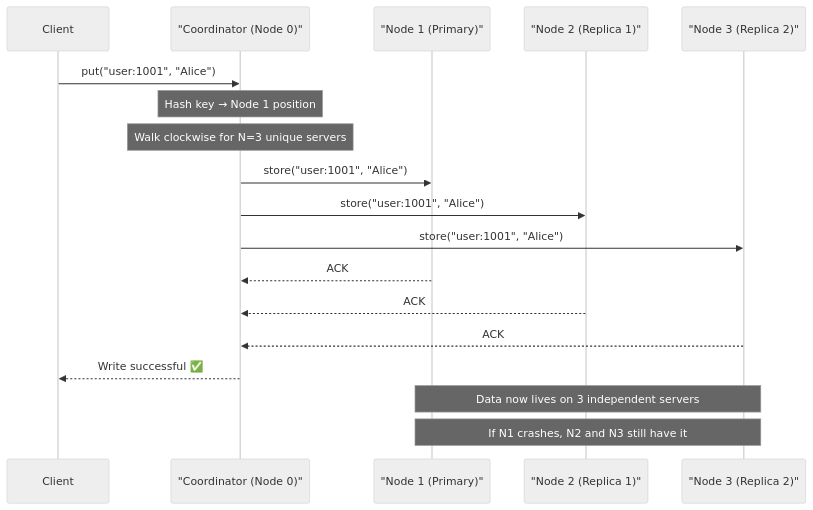
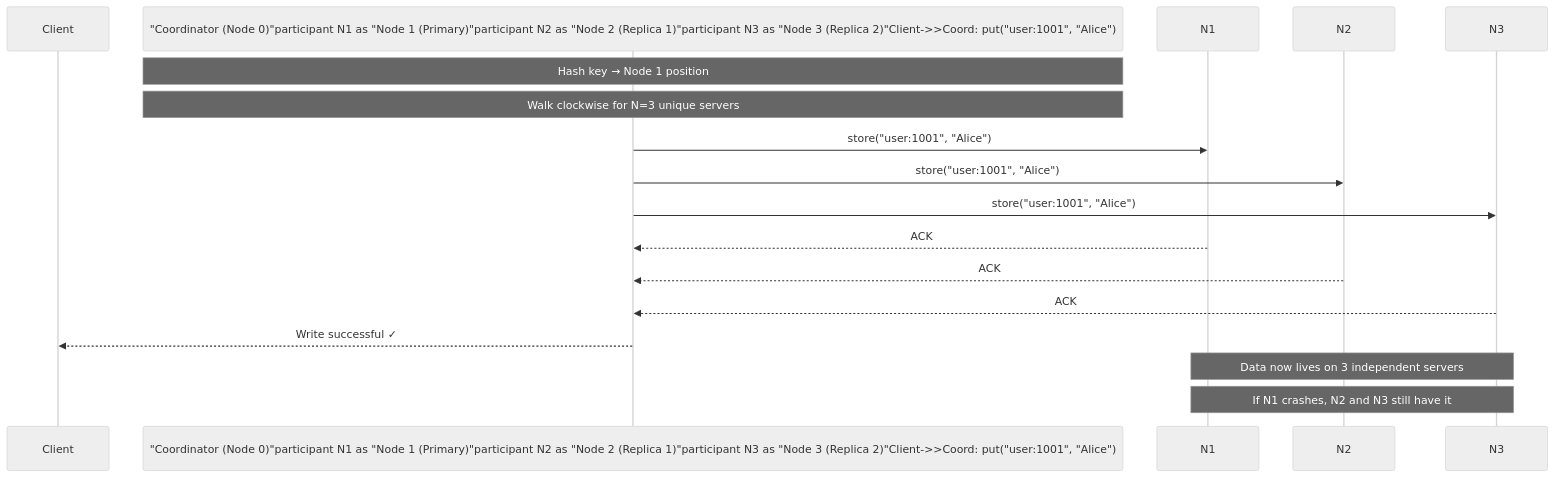
One commit to devops-monk/system-design-blog changed the fifth of 22 diagrams in content/posts/2026/design-a-key-value-store.md. Above: the diagram before and after it, drawn with Mermaid (neutral theme). The commit also changed other lines of this file and 5 other files, not shown here.

````diff
--- a/content/posts/2026/design-a-key-value-store.md
+++ b/content/posts/2026/design-a-key-value-store.md
@@ -193,22 +196,17 @@
 ```mermaid
 sequenceDiagram
     participant Client
-    participant Coord as "Coordinator (Node 0)"
-    participant N1 as "Node 1 (Primary)"
-    participant N2 as "Node 2 (Replica 1)"
-    participant N3 as "Node 3 (Replica 2)"
-
-    Client->>Coord: put("user:1001", "Alice")
+    participant Coord as "Coordinator (Node 0)"participant N1 as "Node 1 (Primary)"participant N2 as "Node 2 (Replica 1)"participant N3 as "Node 3 (Replica 2)"Client->>Coord: put("user:1001", "Alice")
     Note over Coord: Hash key → Node 1 position
     Note over Coord: Walk clockwise for N=3 unique servers
     Coord->>N1: store("user:1001", "Alice")
     Coord->>N2: store("user:1001", "Alice")
     Coord->>N3: store("user:1001", "Alice")
     N1-->>Coord: ACK
     N2-->>Coord: ACK
     N3-->>Coord: ACK
-    Coord-->>Client: Write successful ✅
+    Coord-->>Client: Write successful ✓
 
     Note over N1,N3: Data now lives on 3 independent servers
     Note over N1,N3: If N1 crashes, N2 and N3 still have it
 ```
````
